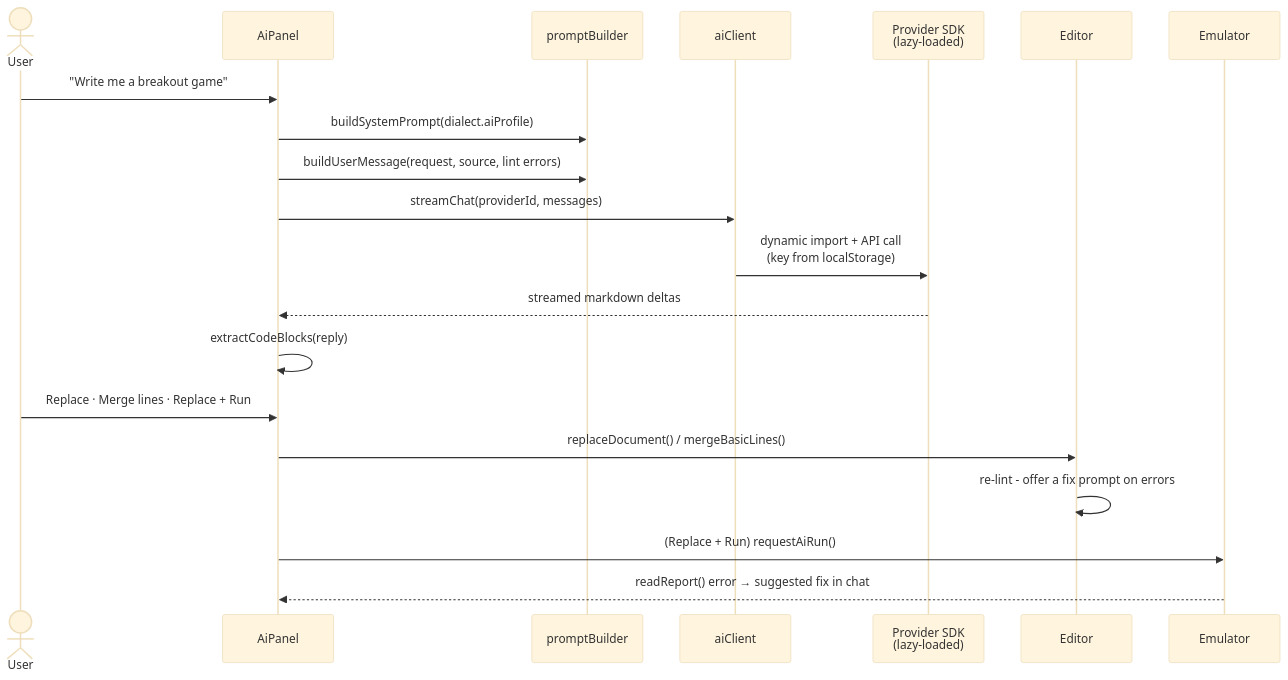
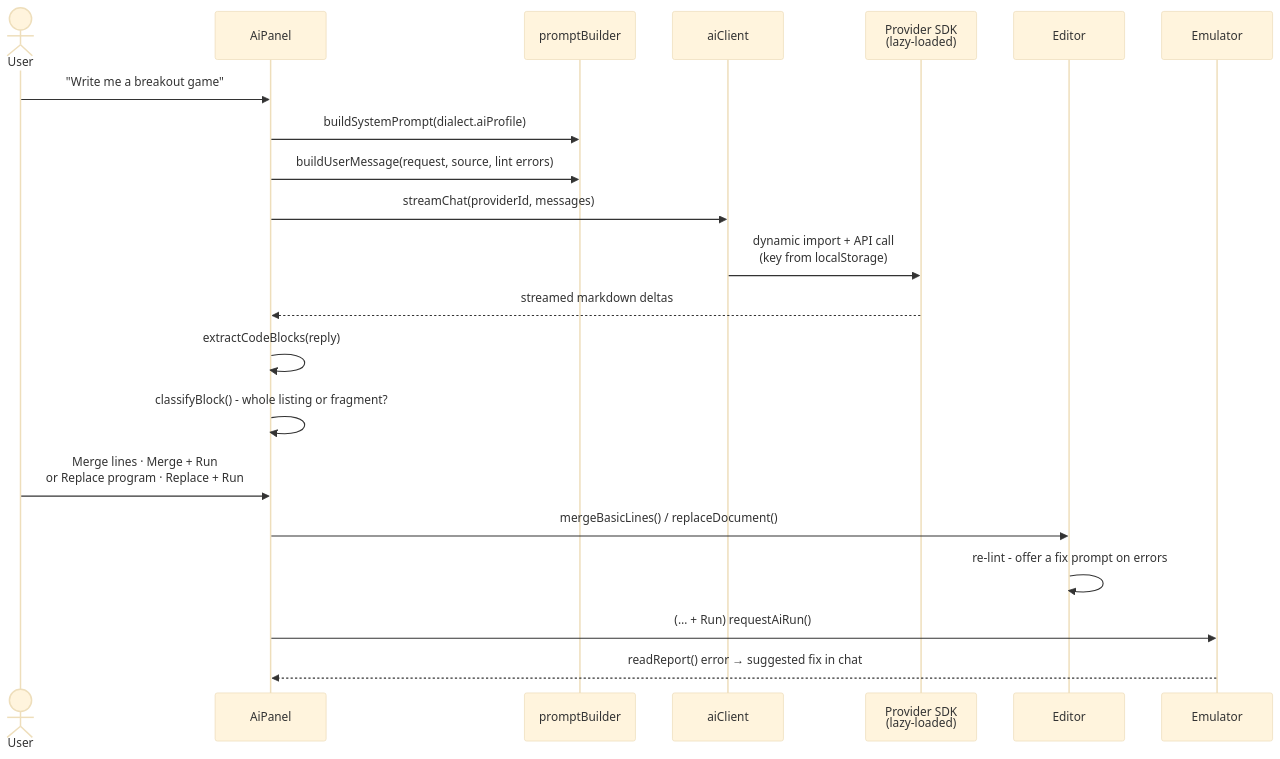
The seventh of 9 diagrams in docs/contributing/architecture.md (seanhodges/basically), drawn with Mermaid (base theme) before and after one commit. The commit also changed other lines of this file and 32 other files, not shown here.

````diff
--- a/docs/contributing/architecture.md
+++ b/docs/contributing/architecture.md
@@ -446,23 +446,24 @@
 ```mermaid
 sequenceDiagram
   actor U as User
   participant P as AiPanel
   participant B as promptBuilder
   participant C as aiClient
   participant X as Provider SDK<br/>(lazy-loaded)
   participant E as Editor
   participant M as Emulator
 
   U->>P: "Write me a breakout game"
   P->>B: buildSystemPrompt(dialect.aiProfile)
   P->>B: buildUserMessage(request, source, lint errors)
   P->>C: streamChat(providerId, messages)
   C->>X: dynamic import + API call<br/>(key from localStorage)
   X-->>P: streamed markdown deltas
   P->>P: extractCodeBlocks(reply)
-  U->>P: Replace · Merge lines · Replace + Run
-  P->>E: replaceDocument() / mergeBasicLines()
+  P->>P: classifyBlock() - whole listing or fragment?
+  U->>P: Merge lines · Merge + Run<br/>or Replace program · Replace + Run
+  P->>E: mergeBasicLines() / replaceDocument()
   E->>E: re-lint - offer a fix prompt on errors
-  P->>M: (Replace + Run) requestAiRun()
+  P->>M: (… + Run) requestAiRun()
   M-->>P: readReport() error → suggested fix in chat
 ```
````
